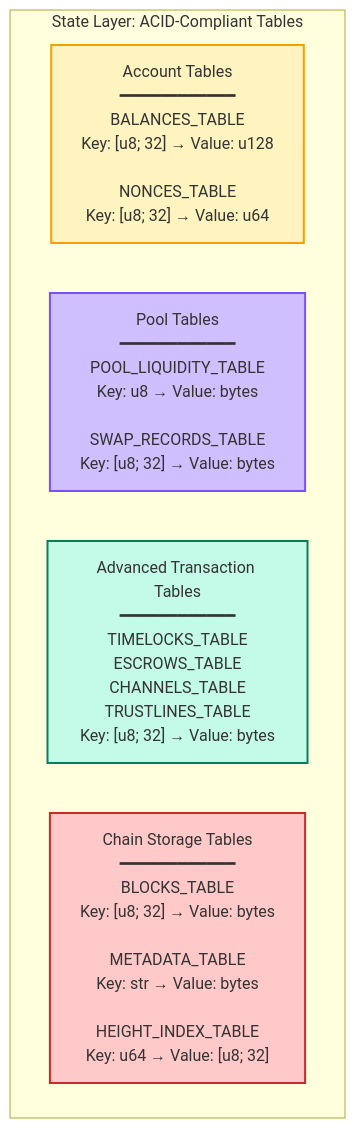
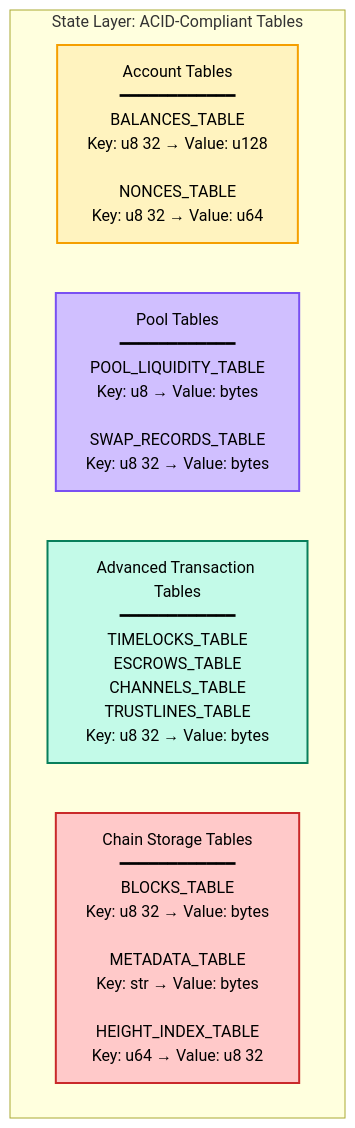
One commit to COINjecture-Network/COINjecture2.0 changed the fourth of 4 diagrams in README.md. Above: the diagram before and after it, drawn with Mermaid. The commit also changed other lines of this file, not shown here.

Commit message:
fix: Make text visible in Database Evolution and Schema mermaid diagrams
- Add explicit color:#000 (black text) to all diagram node styles
- Fix Database Evolution diagram (Sled → redb comparison)
- Fix Database Schema diagram (State Layer tables)
- Remove problematic square bracket syntax in type annotations

````diff
--- a/README.md
+++ b/README.md
@@ -297,17 +297,17 @@
 ```mermaid
 graph TB
     subgraph "State Layer: ACID-Compliant Tables"
-        style ACCOUNT fill:#fff3bf,stroke:#f59f00,stroke-width:2px
-        style POOL fill:#d0bfff,stroke:#7950f2,stroke-width:2px
-        style ADV fill:#c3fae8,stroke:#087f5b,stroke-width:2px
-        style CHAIN fill:#ffc9c9,stroke:#c92a2a,stroke-width:2px
+        style ACCOUNT fill:#fff3bf,stroke:#f59f00,stroke-width:2px,color:#000
+        style POOL fill:#d0bfff,stroke:#7950f2,stroke-width:2px,color:#000
+        style ADV fill:#c3fae8,stroke:#087f5b,stroke-width:2px,color:#000
+        style CHAIN fill:#ffc9c9,stroke:#c92a2a,stroke-width:2px,color:#000
 
-        ACCOUNT["Account Tables<br/>━━━━━━━━━━━━<br/>BALANCES_TABLE<br/>Key: [u8; 32] → Value: u128<br/><br/>NONCES_TABLE<br/>Key: [u8; 32] → Value: u64"]
+        ACCOUNT["Account Tables<br/>━━━━━━━━━━━━<br/>BALANCES_TABLE<br/>Key: u8 32 → Value: u128<br/><br/>NONCES_TABLE<br/>Key: u8 32 → Value: u64"]
 
-        POOL["Pool Tables<br/>━━━━━━━━━━━━<br/>POOL_LIQUIDITY_TABLE<br/>Key: u8 → Value: bytes<br/><br/>SWAP_RECORDS_TABLE<br/>Key: [u8; 32] → Value: bytes"]
+        POOL["Pool Tables<br/>━━━━━━━━━━━━<br/>POOL_LIQUIDITY_TABLE<br/>Key: u8 → Value: bytes<br/><br/>SWAP_RECORDS_TABLE<br/>Key: u8 32 → Value: bytes"]
 
-        ADV["Advanced Transaction Tables<br/>━━━━━━━━━━━━<br/>TIMELOCKS_TABLE<br/>ESCROWS_TABLE<br/>CHANNELS_TABLE<br/>TRUSTLINES_TABLE<br/>Key: [u8; 32] → Value: bytes"]
+        ADV["Advanced Transaction Tables<br/>━━━━━━━━━━━━<br/>TIMELOCKS_TABLE<br/>ESCROWS_TABLE<br/>CHANNELS_TABLE<br/>TRUSTLINES_TABLE<br/>Key: u8 32 → Value: bytes"]
 
-        CHAIN["Chain Storage Tables<br/>━━━━━━━━━━━━<br/>BLOCKS_TABLE<br/>Key: [u8; 32] → Value: bytes<br/><br/>METADATA_TABLE<br/>Key: str → Value: bytes<br/><br/>HEIGHT_INDEX_TABLE<br/>Key: u64 → Value: [u8; 32]"]
+        CHAIN["Chain Storage Tables<br/>━━━━━━━━━━━━<br/>BLOCKS_TABLE<br/>Key: u8 32 → Value: bytes<br/><br/>METADATA_TABLE<br/>Key: str → Value: bytes<br/><br/>HEIGHT_INDEX_TABLE<br/>Key: u64 → Value: u8 32"]
     end
 ```
````
